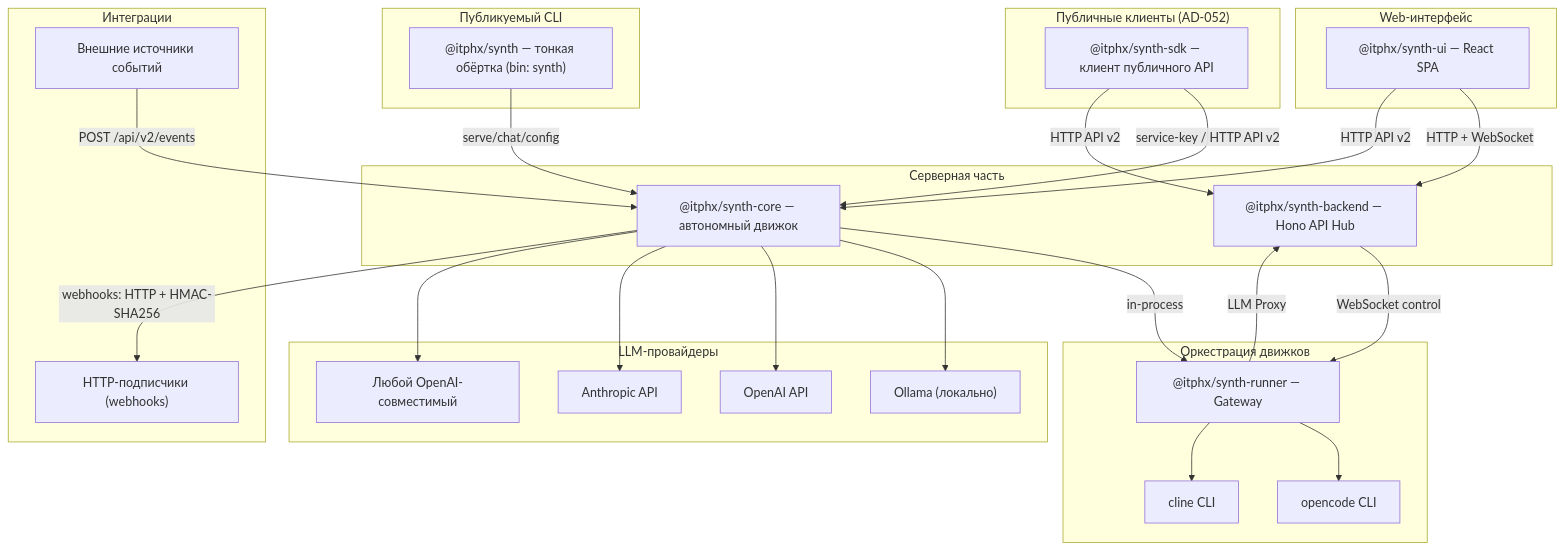
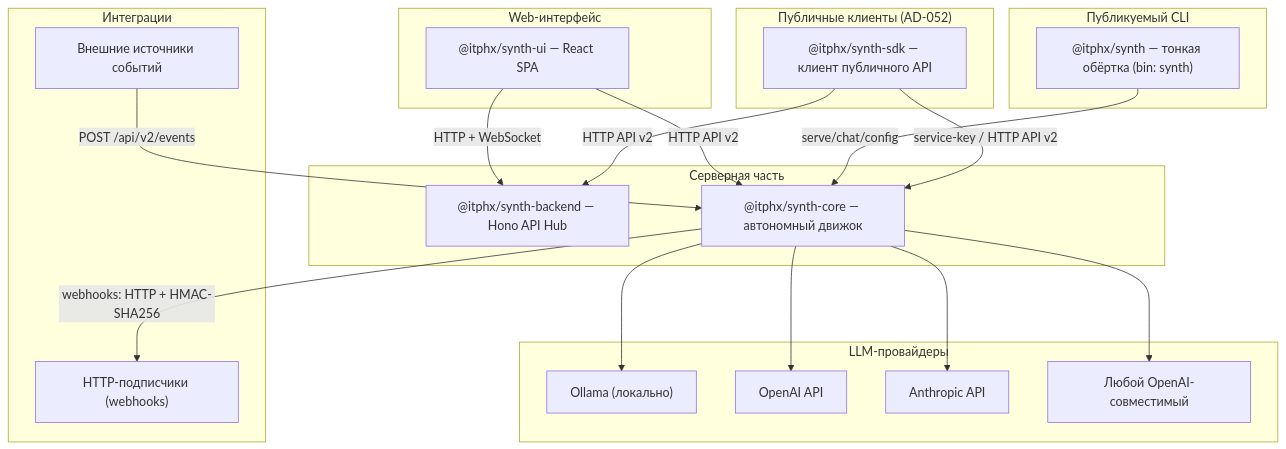
Before and after one commit to itphx/synth: the first of 2 diagrams in docs/ARCHITECTURE.md, drawn with Mermaid. The commit also changed other lines of this file and 28 other files, not shown here.

First line of the commit message:
chore: удаление пакета @itphx/synth-runner (7 → 6 пакетов)

````diff
--- a/docs/ARCHITECTURE.md
+++ b/docs/ARCHITECTURE.md
@@ -27,60 +26,47 @@
 ```mermaid
 flowchart TB
     subgraph UI["Web-интерфейс"]
         synth_ui["@itphx/synth-ui — React SPA"]
     end
 
     subgraph Server["Серверная часть"]
         synth_backend["@itphx/synth-backend — Hono API Hub"]
         synth_core["@itphx/synth-core — автономный движок"]
-    end
-
-    subgraph Runner["Оркестрация движков"]
-        synth_runner["@itphx/synth-runner — Gateway"]
-        opencode["opencode CLI"]
-        cline["cline CLI"]
     end
 
     subgraph CLI["Публикуемый CLI"]
         synth_cli["@itphx/synth — тонкая обёртка (bin: synth)"]
     end
 
     subgraph LLM["LLM-провайдеры"]
         ollama["Ollama (локально)"]
         openai["OpenAI API"]
         anthropic["Anthropic API"]
         providers["Любой OpenAI-совместимый"]
     end
 
     subgraph PublicClients["Публичные клиенты (AD-052)"]
         synth_sdk["@itphx/synth-sdk — клиент публичного API"]
     end
 
     subgraph Integrations["Интеграции"]
         event_sources["Внешние источники событий"]
         webhook_targets["HTTP-подписчики (webhooks)"]
     end
 
     synth_ui -->|HTTP + WebSocket| synth_backend
     synth_ui -->|HTTP API v2| synth_core
 
     synth_cli -->|serve/chat/config| synth_core
 
-    synth_backend -->|WebSocket control| synth_runner
-    synth_core -->|in-process| synth_runner
-
-    synth_runner --> opencode
-    synth_runner --> cline
-    synth_runner -->|LLM Proxy| synth_backend
-
     synth_core --> ollama
     synth_core --> openai
     synth_core --> anthropic
     synth_core --> providers
 
     event_sources -->|POST /api/v2/events| synth_core
     synth_core -->|webhooks: HTTP + HMAC-SHA256| webhook_targets
 
     synth_sdk -->|service-key / HTTP API v2| synth_core
     synth_sdk -->|HTTP API v2| synth_backend
 ```
````
